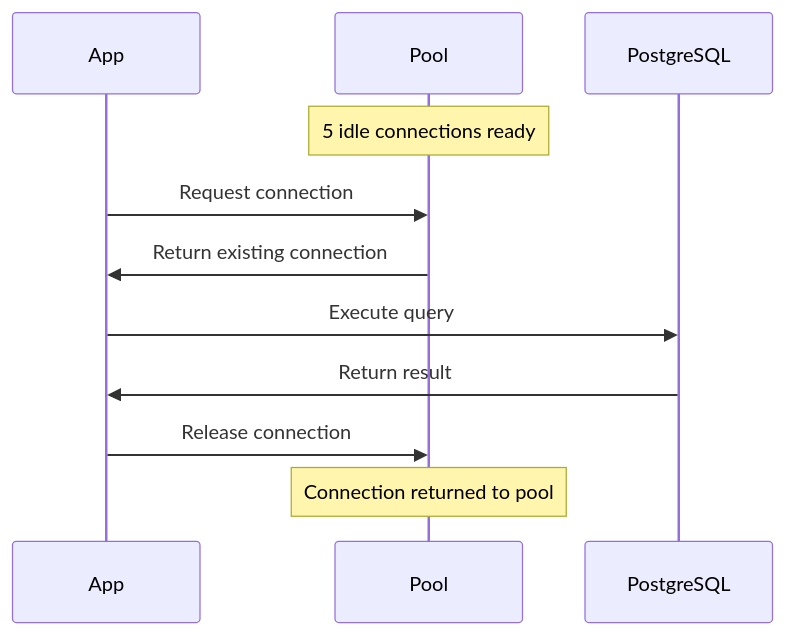
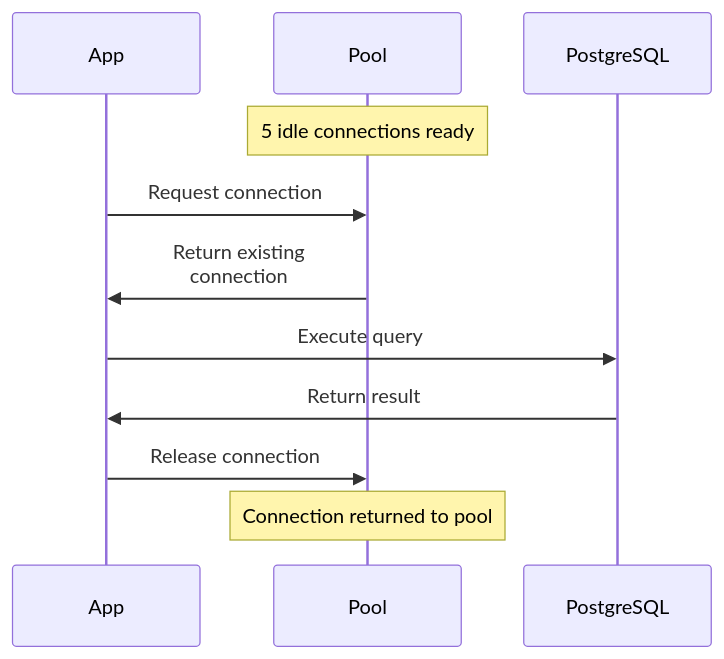
The second of 3 diagrams in 02-Semester-VI/CS-353-MJ-T-Web-Technology-II/Unit-1.md (amitdevx/TY), drawn with Mermaid before and after one commit. The commit also changed other lines of this file and 65 other files, not shown here.

Commit message:
fix:graph vertical

````diff
--- a/02-Semester-VI/CS-353-MJ-T-Web-Technology-II/Unit-1.md
+++ b/02-Semester-VI/CS-353-MJ-T-Web-Technology-II/Unit-1.md
@@ -155,14 +155,14 @@
 ```mermaid
 sequenceDiagram
     participant App
     participant Pool
     participant PostgreSQL
     
     Note over Pool: 5 idle connections ready
     App->>Pool: Request connection
-    Pool->>App: Return existing connection
+    Pool->>App: Return existing<br/>connection
     App->>PostgreSQL: Execute query
     PostgreSQL->>App: Return result
     App->>Pool: Release connection
     Note over Pool: Connection returned to pool
 ```
````
